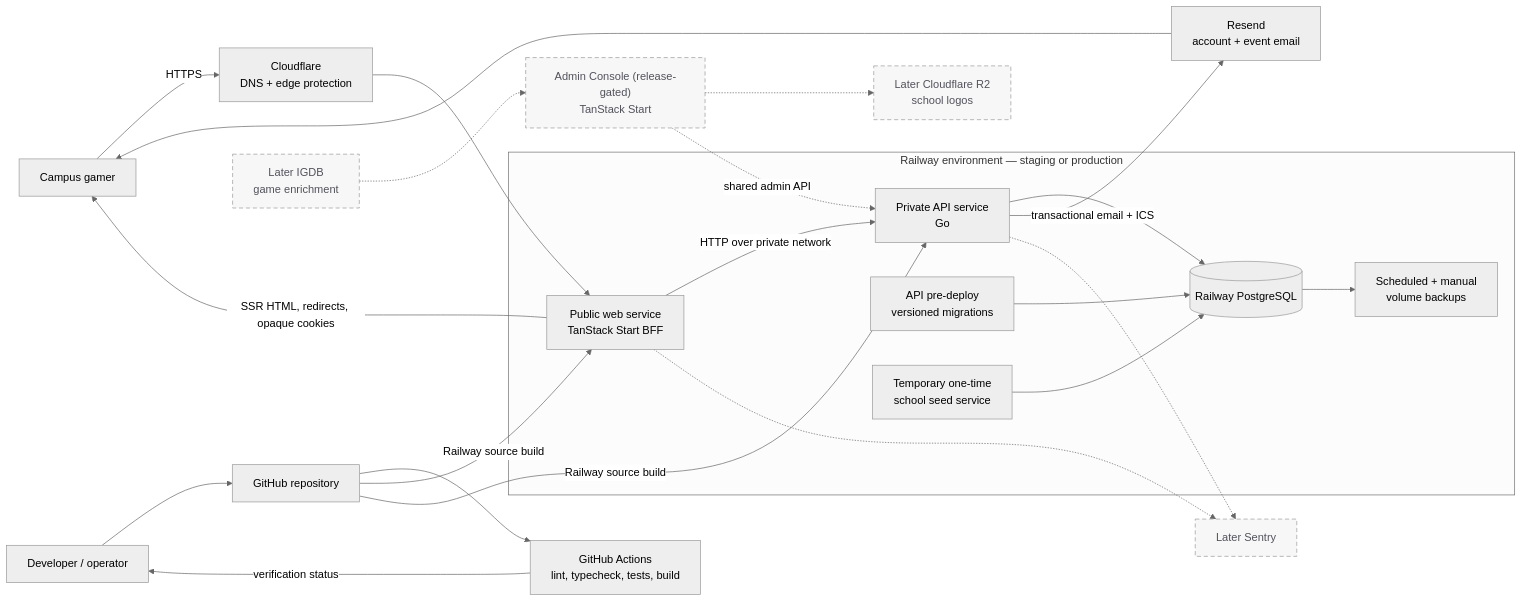
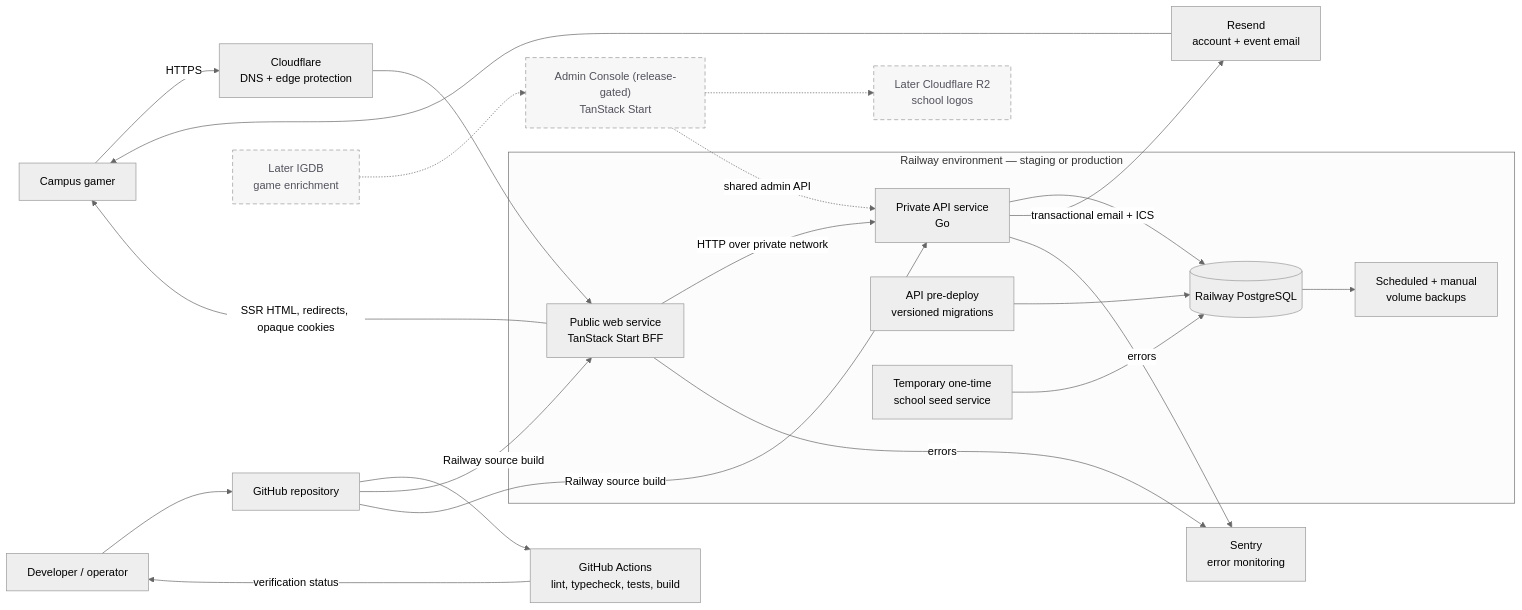
One commit to Campus-Gaming-Network/core changed the third of 3 diagrams in docs/14-architecture-diagrams.md. Above: the diagram before and after it, drawn with Mermaid (neutral theme). The commit also changed 23 other files, not shown here.

First line of the commit message:
feat(web): report server and browser errors to Sentry

````diff
--- a/docs/14-architecture-diagrams.md
+++ b/docs/14-architecture-diagrams.md
@@ -140,48 +140,48 @@
 ```mermaid
 flowchart LR
     User["Campus gamer"]
     Operator["Developer / operator"]
     GitHub["GitHub repository"]
     CI["GitHub Actions<br/>lint, typecheck, tests, build"]
     Cloudflare["Cloudflare<br/>DNS + edge protection"]
     Resend["Resend<br/>account + event email"]
 
     subgraph Railway["Railway environment — staging or production"]
         Web["Public web service<br/>TanStack Start BFF"]
         API["Private API service<br/>Go"]
         Migrations["API pre-deploy<br/>versioned migrations"]
         Seed["Temporary one-time<br/>school seed service"]
         Database[("Railway PostgreSQL")]
         Backups["Scheduled + manual<br/>volume backups"]
 
         Web -->|"HTTP over private network"| API
         API --> Database
         Migrations --> Database
         Seed --> Database
         Database --> Backups
     end
 
     Admin["Admin Console (release-gated)<br/>TanStack Start"]
     R2["Later Cloudflare R2<br/>school logos"]
     IGDB["Later IGDB<br/>game enrichment"]
-    Sentry["Later Sentry"]
+    Sentry["Sentry<br/>error monitoring"]
 
     User -->|"HTTPS"| Cloudflare --> Web
     Web -->|"SSR HTML, redirects, opaque cookies"| User
     API -->|"transactional email + ICS"| Resend --> User
 
     Operator --> GitHub
     GitHub --> CI
     CI -->|"verification status"| Operator
     GitHub -->|"Railway source build"| Web
     GitHub -->|"Railway source build"| API
 
     Admin -.->|"shared admin API"| API
     Admin -.-> R2
     IGDB -.-> Admin
-    Web -.-> Sentry
-    API -.-> Sentry
+    Web -->|"errors"| Sentry
+    API -->|"errors"| Sentry
 
     classDef deferred stroke-dasharray: 6 4,fill:#f7f7f8,color:#52525b;
-    class Admin,R2,IGDB,Sentry deferred;
+    class Admin,R2,IGDB deferred;
 ```
````
